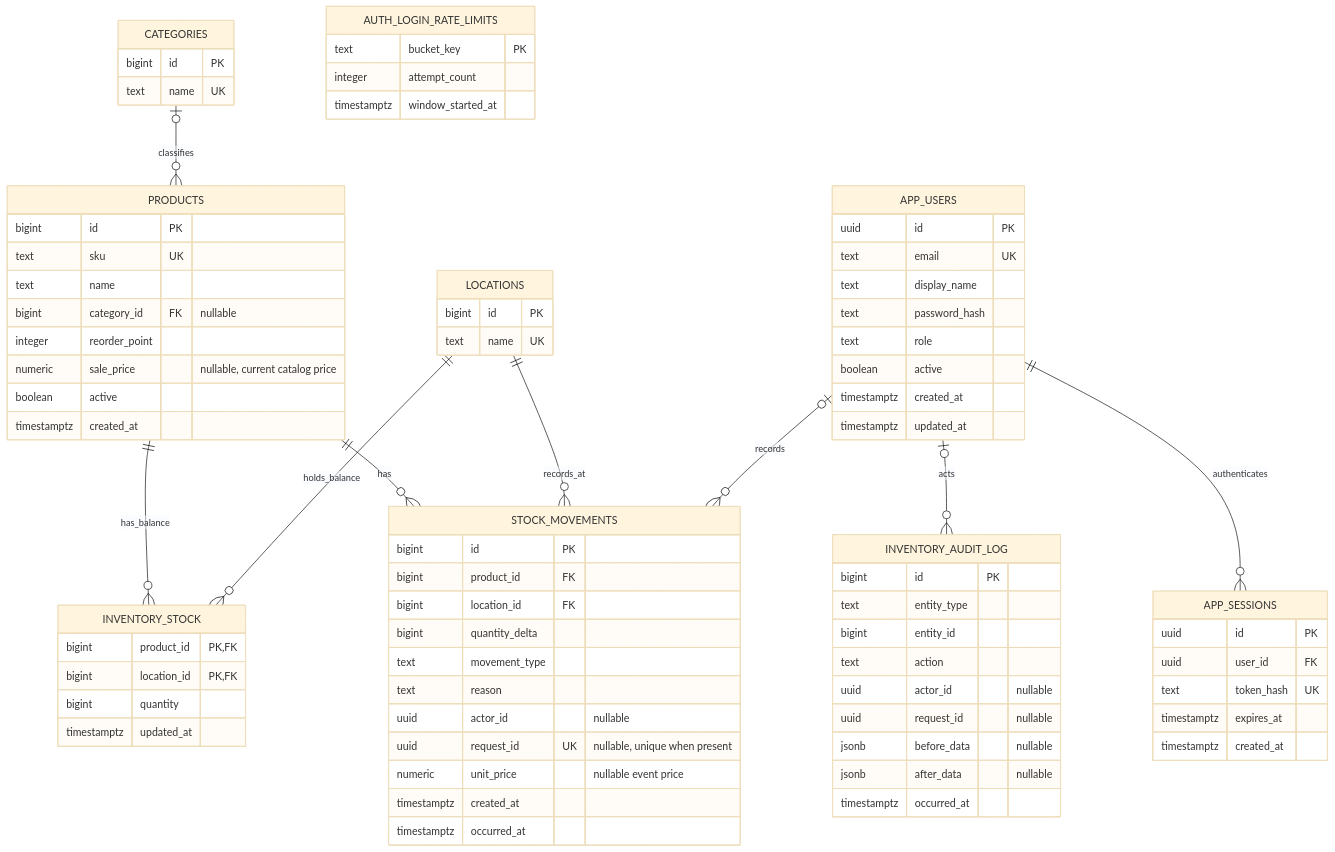
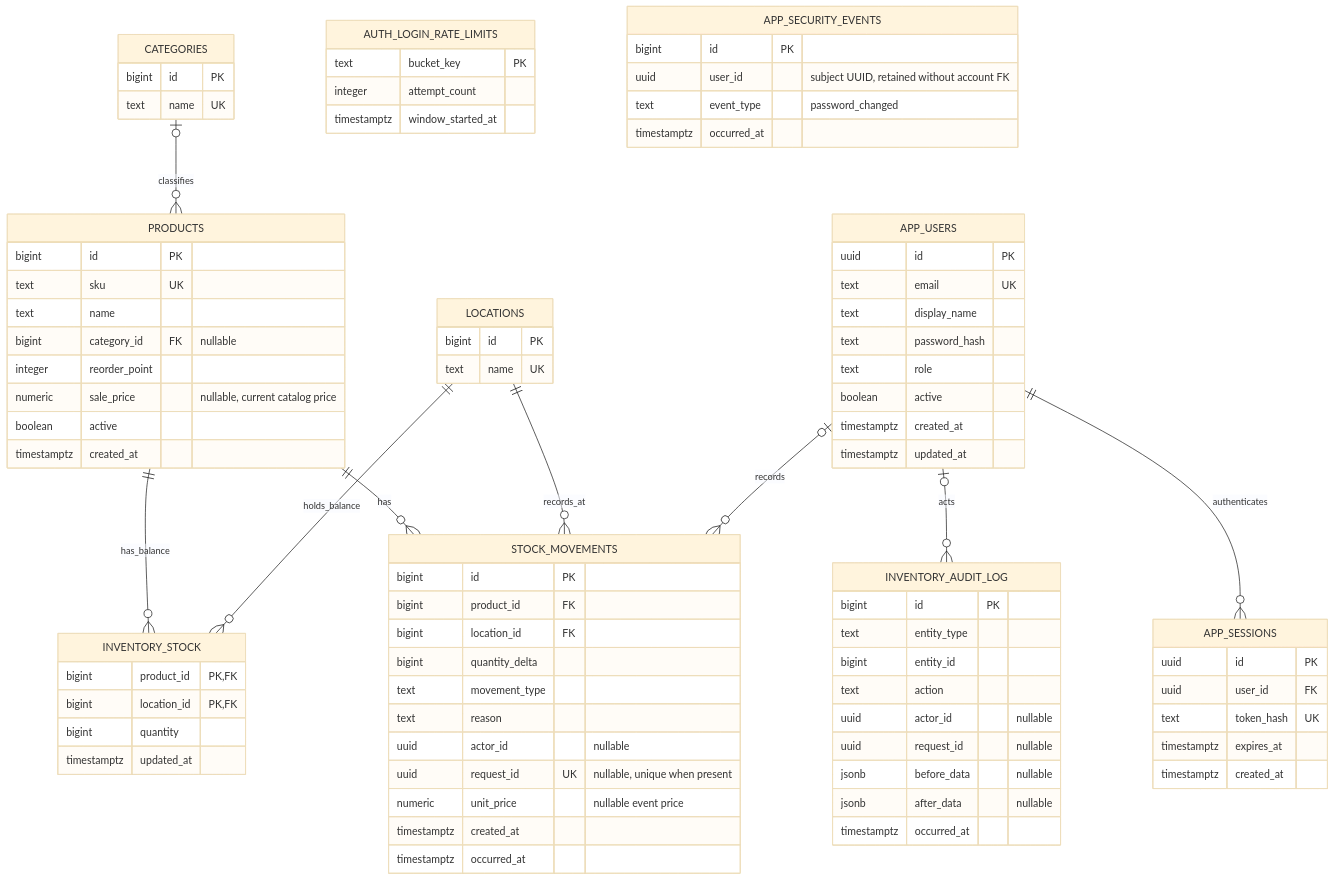
One commit to sysinfo7/Inventory_System changed the first of 2 diagrams in docs/EMPLOYER_DATABASE_DESIGN.md. Above: the diagram before and after it, drawn with Mermaid (base theme). The commit also changed other lines of this file and 17 other files, not shown here.

Commit message:
feat: add self-service password security

````diff
--- a/docs/EMPLOYER_DATABASE_DESIGN.md
+++ b/docs/EMPLOYER_DATABASE_DESIGN.md
@@ -94,4 +94,10 @@
         integer attempt_count
         timestamptz window_started_at
     }
+    APP_SECURITY_EVENTS {
+        bigint id PK
+        uuid user_id "subject UUID, retained without account FK"
+        text event_type "password_changed"
+        timestamptz occurred_at
+    }
 ```
````
